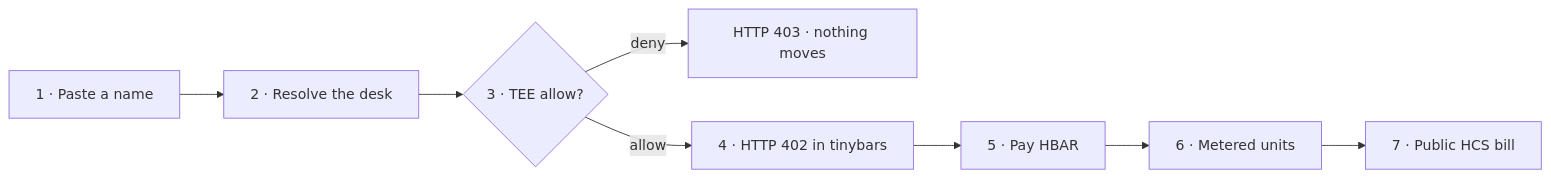
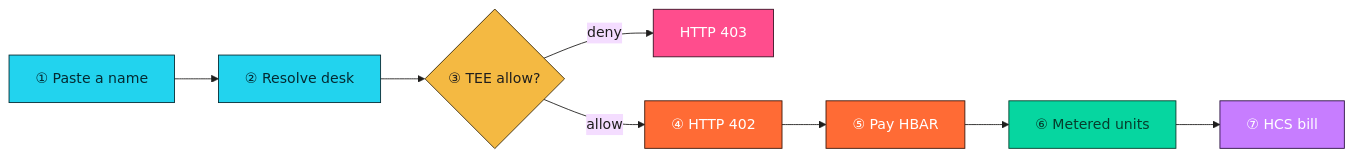
The first of 3 diagrams in README.md (shreyas-sovani/Nametoll), drawn with Mermaid before and after one commit. The commit also changed other lines of this file and 2 other files, not shown here.

````diff
--- a/README.md
+++ b/README.md
@@ -83,10 +58,23 @@
 ```mermaid
+%%{init: {"theme":"base","themeVariables":{"fontFamily":"ui-sans-serif","lineColor":"#1f1e1d","primaryTextColor":"#1f1e1d"}}}%%
 flowchart LR
-  A["1 · Paste a name"] --> B["2 · Resolve the desk"]
-  B --> C{"3 · TEE allow?"}
-  C -->|deny| D["HTTP 403 · nothing moves"]
-  C -->|allow| E["4 · HTTP 402 in tinybars"]
-  E --> F["5 · Pay HBAR"]
-  F --> G["6 · Metered units"]
-  G --> H["7 · Public HCS bill"]
+  A["① Paste a name"] --> B["② Resolve desk"]
+  B --> C{"③ TEE allow?"}
+  C -->|deny| D["HTTP 403"]
+  C -->|allow| E["④ HTTP 402"]
+  E --> F["⑤ Pay HBAR"]
+  F --> G["⑥ Metered units"]
+  G --> H["⑦ HCS bill"]
+  classDef name fill:#22D3EE,stroke:#042A32,color:#042A32
+  classDef tee fill:#F4B942,stroke:#3A2A08,color:#1f1e1d
+  classDef stop fill:#FF4D8D,stroke:#3A1024,color:#fff
+  classDef pay fill:#FF6B35,stroke:#3D1608,color:#fff
+  classDef good fill:#06D6A0,stroke:#063D2C,color:#063D2C
+  classDef bill fill:#C77DFF,stroke:#2A1040,color:#fff
+  class A,B name
+  class C tee
+  class D stop
+  class E,F pay
+  class G good
+  class H bill
 ```
````
